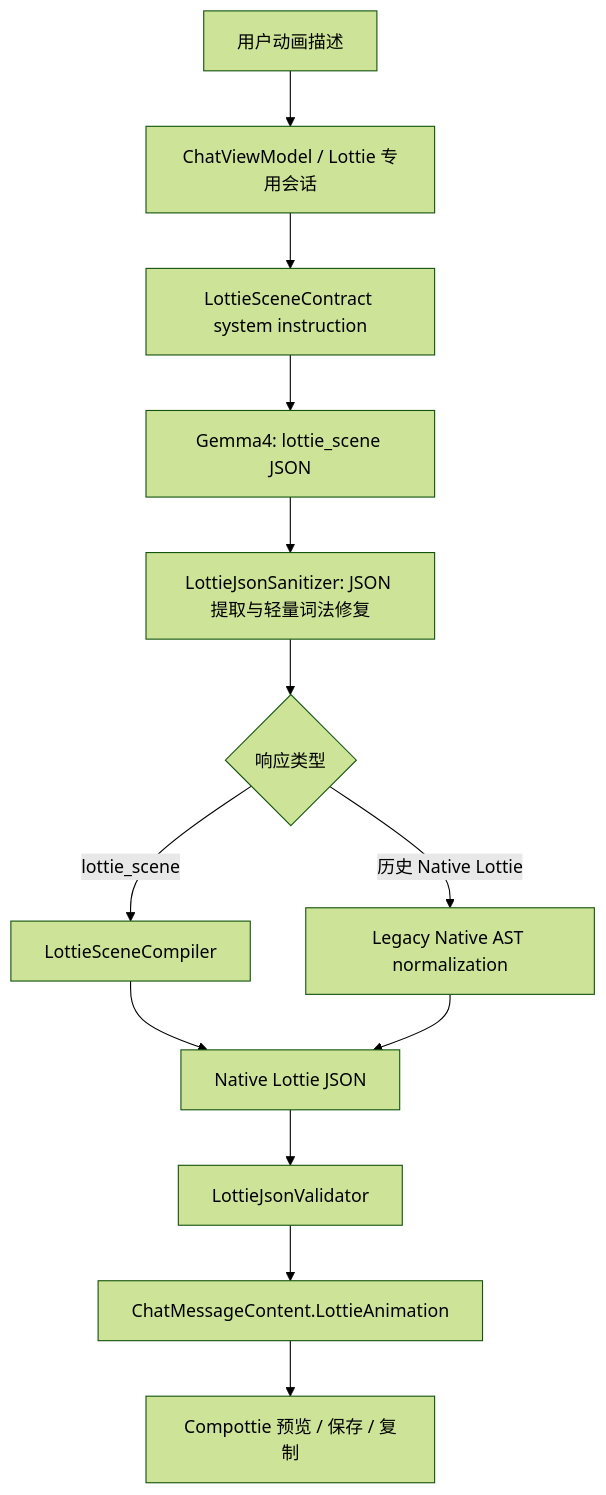
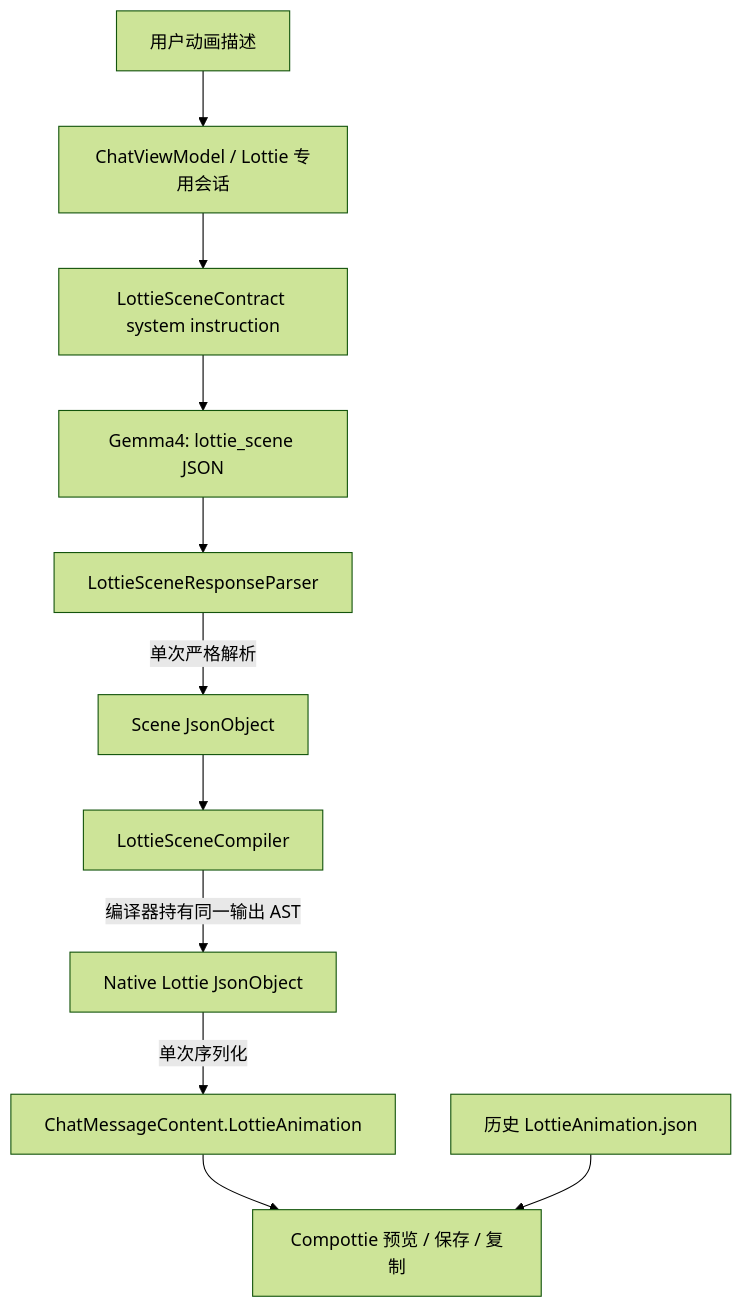
The diagram in docs/designs/gemma4-lottie-json-compottie-route-plan.md (Onion99/Agro), drawn with Mermaid (forest theme) before and after one commit. The commit also changed other lines of this file and 10 other files, not shown here.

````diff
--- a/docs/designs/gemma4-lottie-json-compottie-route-plan.md
+++ b/docs/designs/gemma4-lottie-json-compottie-route-plan.md
@@ -31,15 +34,14 @@
 ```mermaid
 flowchart TD
     A[用户动画描述] --> B[ChatViewModel / Lottie 专用会话]
     B --> C[LottieSceneContract system instruction]
     C --> D[Gemma4: lottie_scene JSON]
-    D --> E[LottieJsonSanitizer: JSON 提取与轻量词法修复]
-    E --> F{响应类型}
-    F -->|lottie_scene| G[LottieSceneCompiler]
-    F -->|历史 Native Lottie| H[Legacy Native AST normalization]
-    G --> I[Native Lottie JSON]
-    H --> I
-    I --> J[LottieJsonValidator]
-    J --> K[ChatMessageContent.LottieAnimation]
-    K --> L[Compottie 预览 / 保存 / 复制]
+    D --> E[LottieSceneResponseParser]
+    E -->|单次严格解析| F[Scene JsonObject]
+    F --> G[LottieSceneCompiler]
+    G -->|编译器持有同一输出 AST| H[Native Lottie JsonObject]
+    H -->|单次序列化| I[ChatMessageContent.LottieAnimation]
+    I --> J[Compottie 预览 / 保存 / 复制]
+
+    K[历史 LottieAnimation.json] --> J
 ```
````
